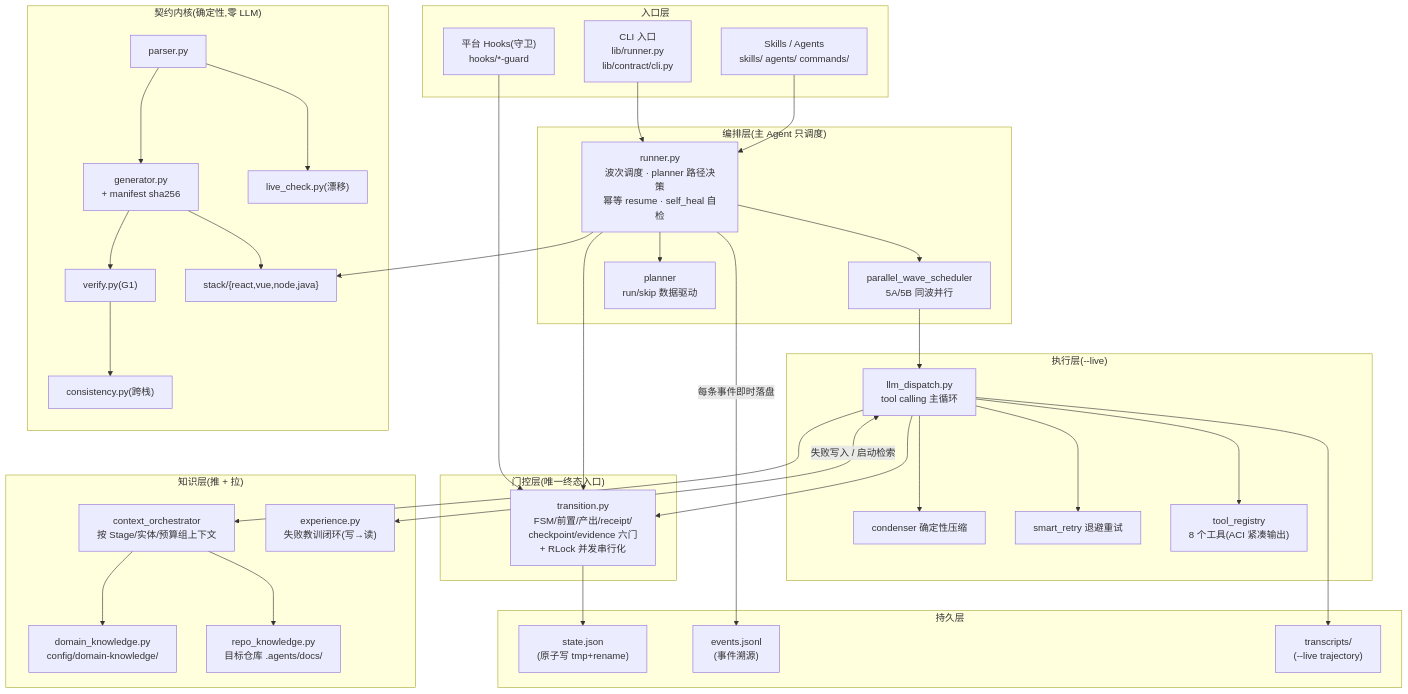
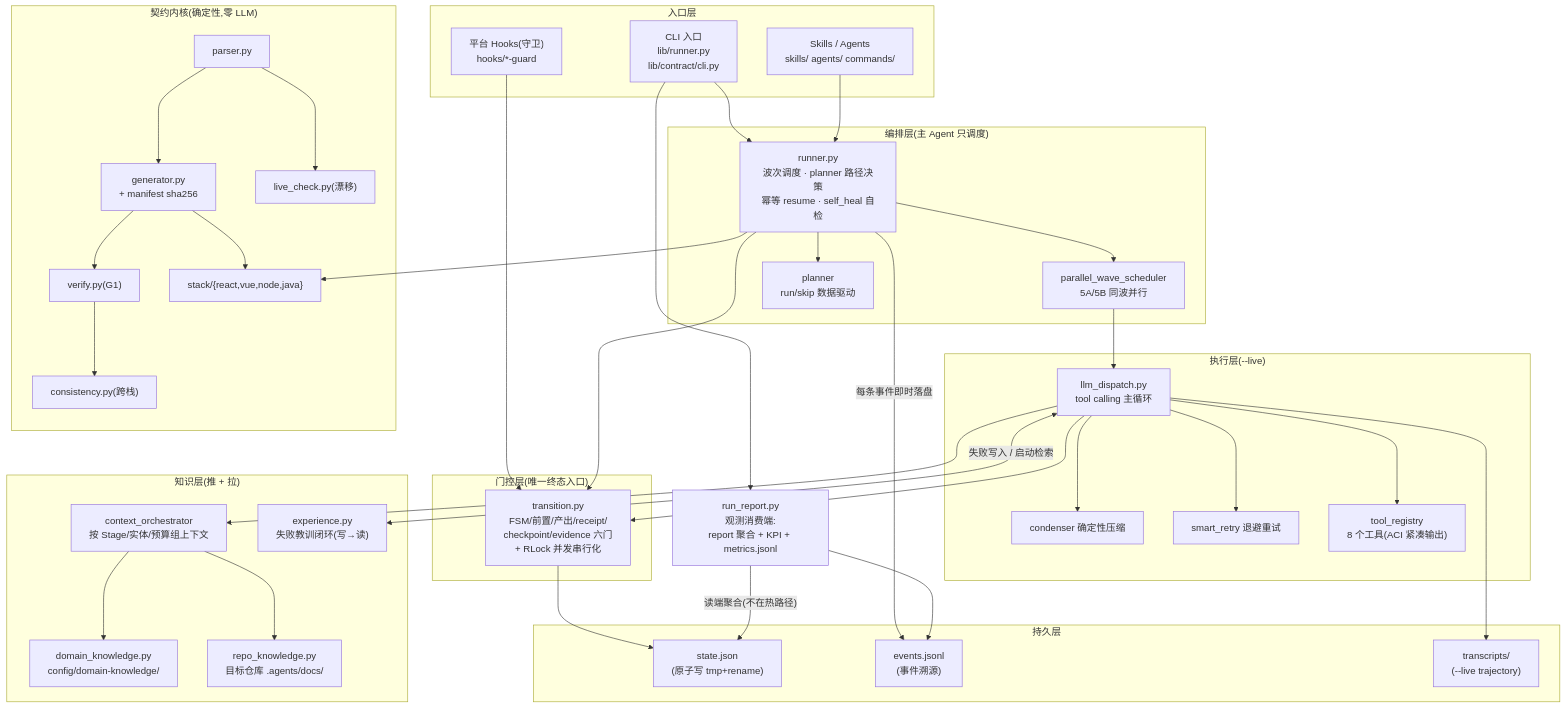
One commit to wenjun5204/fe-be-contract-harness changed the first of 6 diagrams in docs/ARCHITECTURE.md. Above: the diagram before and after it, drawn with Mermaid. The commit also changed other lines of this file, not shown here.

Commit message:
docs(architecture): 同步 v0.2.0 实态 —— 3 处陈旧修正
- 分层总览图补 run_report 观测消费端(读端聚合,不在热路径)及其
  对 state/events 的读取关系
- 外循环表 E1 状态更新:采集已落地(.pending/ 自动落盘),待真实失败
  素材进入人筛选阶段
- 门控链补 checkpoint 审计口径:approved_by 如实区分 auto/user,
  KPI human_interventions 依赖此字段(v0.2.0 修复的说明)

````diff
--- a/docs/ARCHITECTURE.md
+++ b/docs/ARCHITECTURE.md
@@ -10,70 +10,75 @@
 ```mermaid
 flowchart TB
     subgraph 入口层
         CLI["CLI 入口<br/>lib/runner.py<br/>lib/contract/cli.py"]
         Hooks["平台 Hooks(守卫)<br/>hooks/*-guard"]
         Skills["Skills / Agents<br/>skills/ agents/ commands/"]
     end
 
     subgraph 编排层["编排层(主 Agent 只调度)"]
         Runner["runner.py<br/>波次调度 · planner 路径决策<br/>幂等 resume · self_heal 自检"]
         PWS["parallel_wave_scheduler<br/>5A/5B 同波并行"]
         Planner["planner<br/>run/skip 数据驱动"]
     end
 
     subgraph 执行层["执行层(--live)"]
         Dispatch["llm_dispatch.py<br/>tool calling 主循环"]
         Condenser["condenser 确定性压缩"]
         Retry["smart_retry 退避重试"]
         Tools["tool_registry<br/>8 个工具(ACI 紧凑输出)"]
     end
 
     subgraph 门控层["门控层(唯一终态入口)"]
         Transition["transition.py<br/>FSM/前置/产出/receipt/<br/>checkpoint/evidence 六门<br/>+ RLock 并发串行化"]
     end
 
     subgraph 知识层["知识层(推 + 拉)"]
         CtxOrch["context_orchestrator<br/>按 Stage/实体/预算组上下文"]
         DomainKB["domain_knowledge.py<br/>config/domain-knowledge/"]
         RepoKB["repo_knowledge.py<br/>目标仓库 .agents/docs/"]
         Exp["experience.py<br/>失败教训闭环(写→读)"]
     end
 
     subgraph 契约内核["契约内核(确定性,零 LLM)"]
         Parser["parser.py"]
         Gen["generator.py<br/>+ manifest sha256"]
         Verify["verify.py(G1)"]
         Cons["consistency.py(跨栈)"]
         Drift["live_check.py(漂移)"]
         Stacks["stack/{react,vue,node,java}"]
     end
 
     subgraph 持久层
         State["state.json<br/>(原子写 tmp+rename)"]
         Events["events.jsonl<br/>(事件溯源)"]
         Transcripts["transcripts/<br/>(--live trajectory)"]
     end
 
+    RunReport["run_report.py<br/>观测消费端:<br/>report 聚合 + KPI + metrics.jsonl"]
+
     CLI --> Runner
+    CLI --> RunReport
     Hooks --> Transition
     Skills --> Runner
     Runner --> PWS --> Dispatch
     Runner --> Planner
     Runner --> Stacks
     Runner --> Transition
     Dispatch --> Condenser
     Dispatch --> Retry
     Dispatch --> Tools
     Dispatch --> CtxOrch
     Dispatch --> Transition
     CtxOrch --> DomainKB
     CtxOrch --> RepoKB
     Dispatch <-->|"失败写入 / 启动检索"| Exp
     Parser --> Gen --> Verify
     Gen --> Stacks
     Verify --> Cons
     Parser --> Drift
     Transition --> State
     Runner -->|"每条事件即时落盘"| Events
     Dispatch --> Transcripts
+    RunReport -->|"读端聚合(不在热路径)"| State
+    RunReport --> Events
 ```
````
